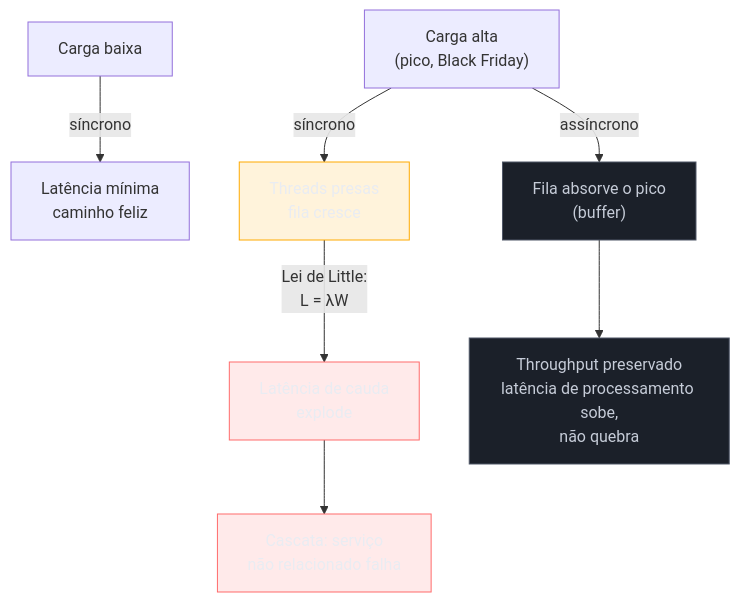
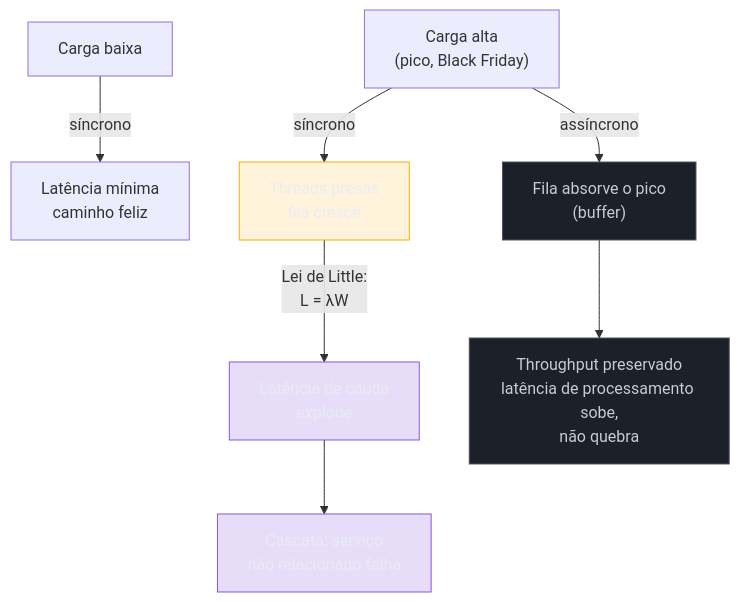
Before and after one commit to josenaldo/codex-technomanticus: the first of 2 diagrams in 03-Dominios/Engenharia/Comunicação entre Sistemas/4 - Comunicação assíncrona/01 - Síncrono vs assíncrono — quando desacoplar.md, drawn with Mermaid. The commit also changed 601 other files, not shown here.

````diff
--- a/03-Dominios/Engenharia/Comunicação entre Sistemas/4 - Comunicação assíncrona/01 - Síncrono vs assíncrono — quando desacoplar.md
+++ b/03-Dominios/Engenharia/Comunicação entre Sistemas/4 - Comunicação assíncrona/01 - Síncrono vs assíncrono — quando desacoplar.md
@@ -39,18 +39,18 @@
 ```mermaid
 graph TD
+    classDef marca fill:#8855DF33,stroke:#8855DF,color:#E9ECF2
     classDef destaque fill:#FFAA0024,stroke:#FFAA00,color:#E9ECF2
-    classDef falha fill:#FF6B6B24,stroke:#FF6B6B,color:#E9ECF2
     classDef neutro fill:#1B2029,stroke:#4E5666,color:#C6CCD8
     A["Carga baixa"] -->|"síncrono"| B["Latência mínima<br/>caminho feliz"]
     C["Carga alta<br/>(pico, Black Friday)"] -->|"síncrono"| D["Threads presas<br/>fila cresce"]
     D -->|"Lei de Little:<br/>L = λW"| E["Latência de cauda<br/>explode"]
     E --> F["Cascata: serviço<br/>não relacionado falha"]
     C -->|"assíncrono"| G["Fila absorve o pico<br/>(buffer)"]
     G --> H["Throughput preservado<br/>latência de processamento sobe,<br/>não quebra"]
 
     class D destaque
-    class E falha
-    class F falha
+    class E marca
+    class F marca
     class G neutro
     class H neutro
 ```
````
